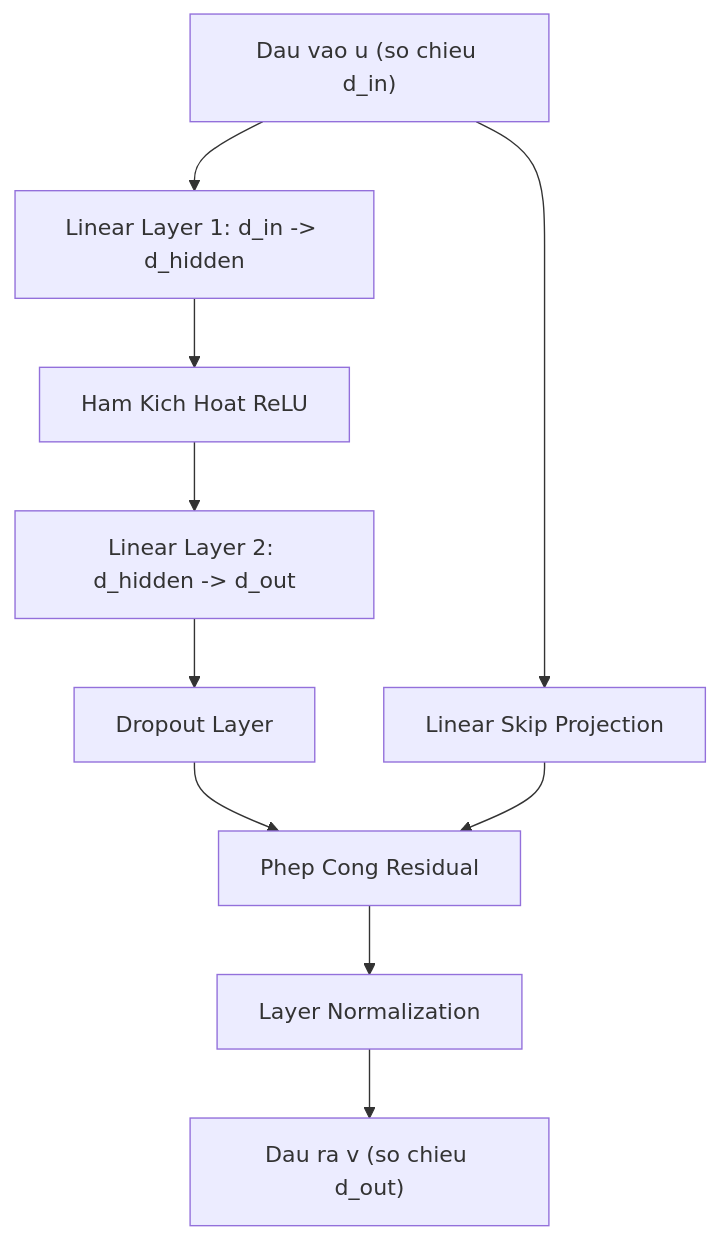
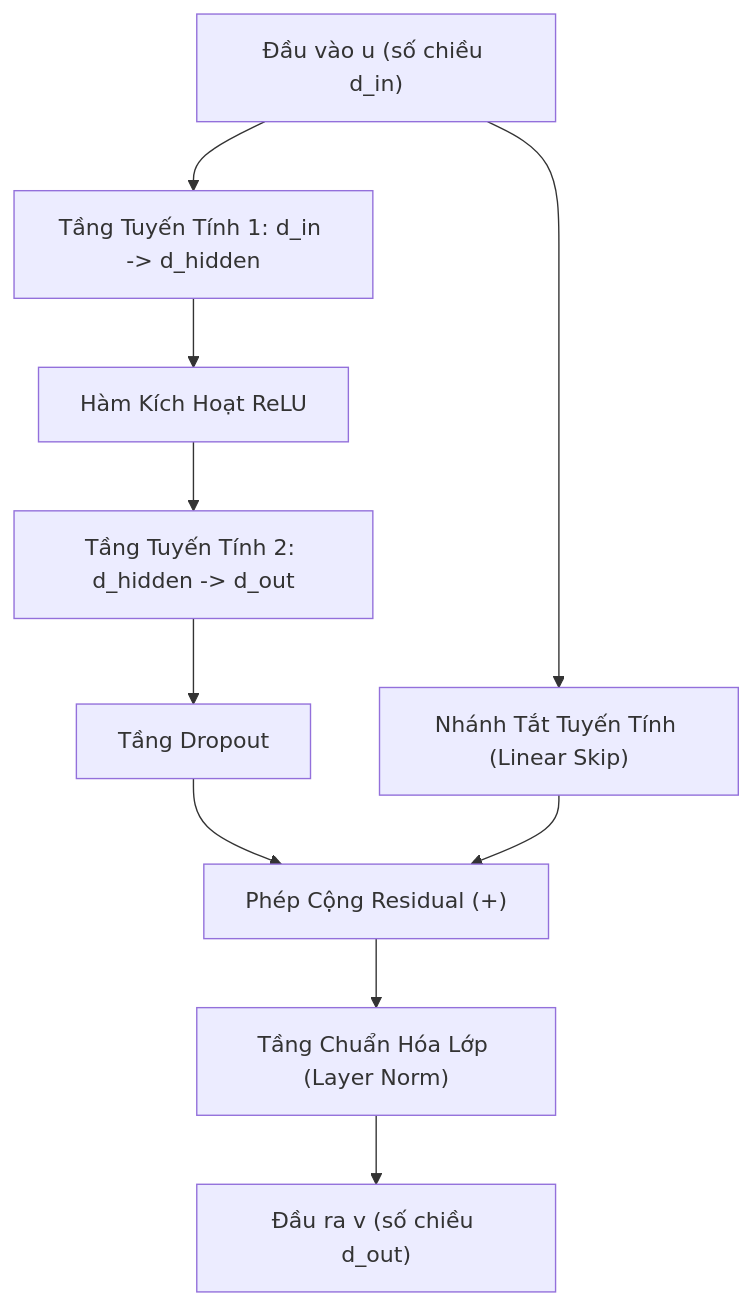
The first of 3 diagrams in doc/04_model_architecture.md (snowflake-vibing/Project-Experimental-TiDE), drawn with Mermaid before and after one commit. The commit also changed other lines of this file and 4 other files, not shown here.

Commit message:
docs: add glossary/RULE.md, ensure 100% accented Vietnamese in all Mermaid diagrams and Feynman glossary

````diff
--- a/doc/04_model_architecture.md
+++ b/doc/04_model_architecture.md
@@ -17,22 +17,22 @@
 ```mermaid
 flowchart TD
-    In["Dau vao u (so chieu d_in)"]
-    L1["Linear Layer 1: d_in -> d_hidden"]
-    Act["Ham Kich Hoat ReLU"]
-    L2["Linear Layer 2: d_hidden -> d_out"]
-    Drop["Dropout Layer"]
-    Skip["Linear Skip Projection"]
-    Add["Phep Cong Residual"]
-    LN["Layer Normalization"]
-    Out["Dau ra v (so chieu d_out)"]
+    In["Đầu vào u (số chiều d_in)"]
+    L1["Tầng Tuyến Tính 1: d_in -> d_hidden"]
+    Act["Hàm Kích Hoạt ReLU"]
+    L2["Tầng Tuyến Tính 2: d_hidden -> d_out"]
+    Drop["Tầng Dropout"]
+    Skip["Nhánh Tắt Tuyến Tính (Linear Skip)"]
+    Add["Phép Cộng Residual (+)"]
+    LN["Tầng Chuẩn Hóa Lớp (Layer Norm)"]
+    Out["Đầu ra v (số chiều d_out)"]
 
     In --> L1
     L1 --> Act
     Act --> L2
     L2 --> Drop
     Drop --> Add
     In --> Skip
     Skip --> Add
     Add --> LN
     LN --> Out
 ```
````
